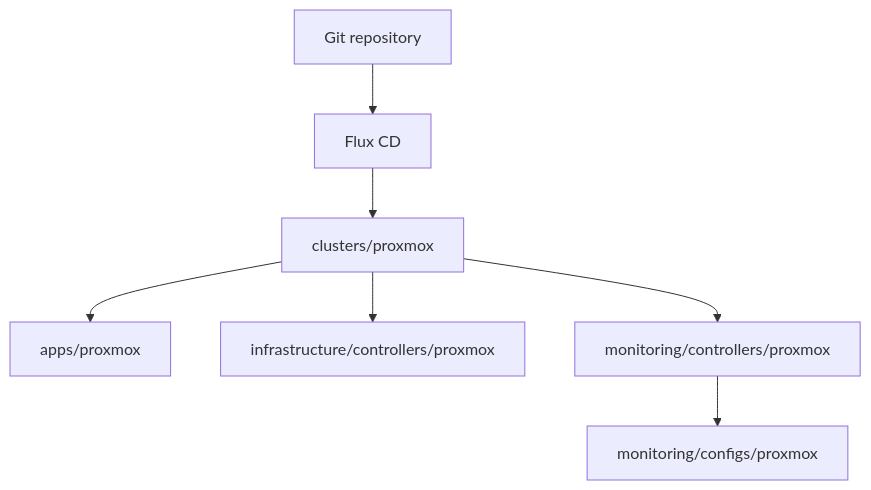
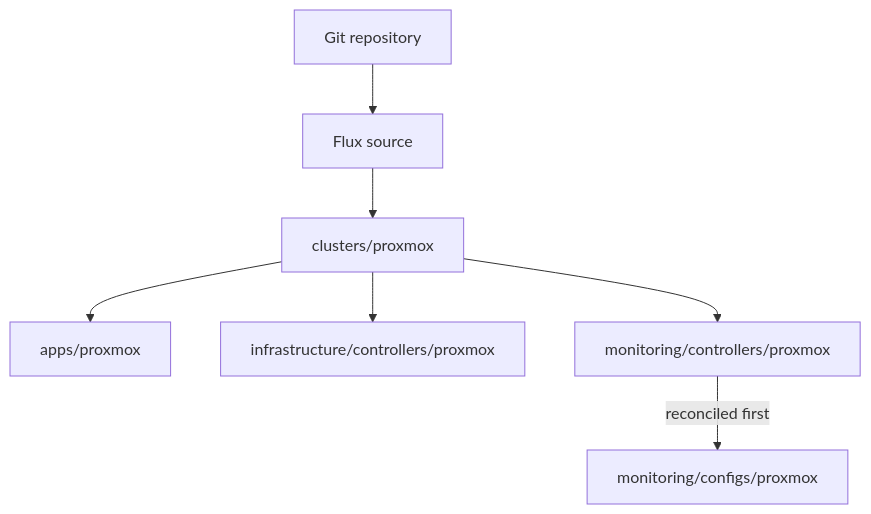
Before and after one commit to vitaly-guzun/homelab: the first of 2 diagrams in README.md, drawn with Mermaid. The commit also changed other lines of this file and 2 other files, not shown here.

````diff
--- a/README.md
+++ b/README.md
@@ -61,9 +64,9 @@
 ```mermaid
 flowchart TD
-    Git["Git repository"] --> Flux["Flux CD"]
-    Flux --> Cluster["clusters/proxmox"]
-    Cluster --> Apps["apps/proxmox"]
-    Cluster --> Infrastructure["infrastructure/controllers/proxmox"]
-    Cluster --> MonitoringControllers["monitoring/controllers/proxmox"]
-    MonitoringControllers --> MonitoringConfigs["monitoring/configs/proxmox"]
+    Git["Git repository"] --> Flux["Flux source"]
+    Flux --> Root["clusters/proxmox"]
+    Root --> Apps["apps/proxmox"]
+    Root --> Infra["infrastructure/controllers/proxmox"]
+    Root --> MonitoringControllers["monitoring/controllers/proxmox"]
+    MonitoringControllers -->|"reconciled first"| MonitoringConfigs["monitoring/configs/proxmox"]
 ```
````
